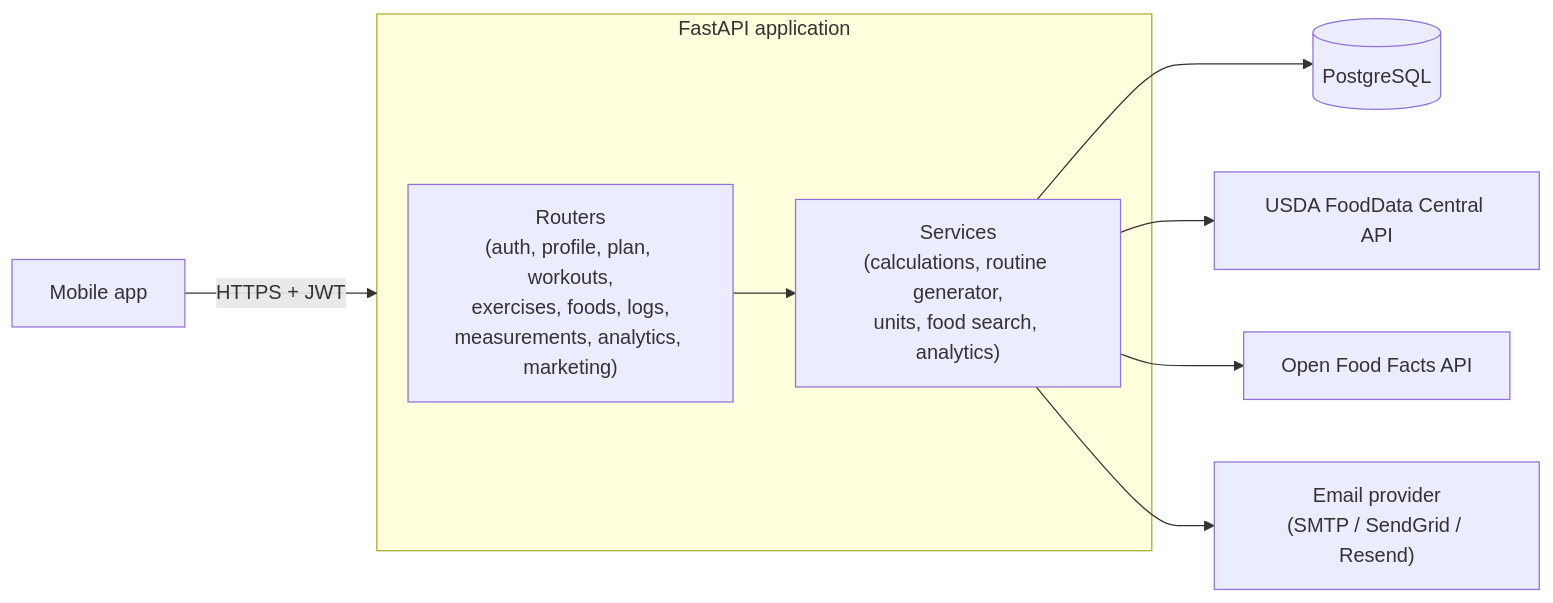
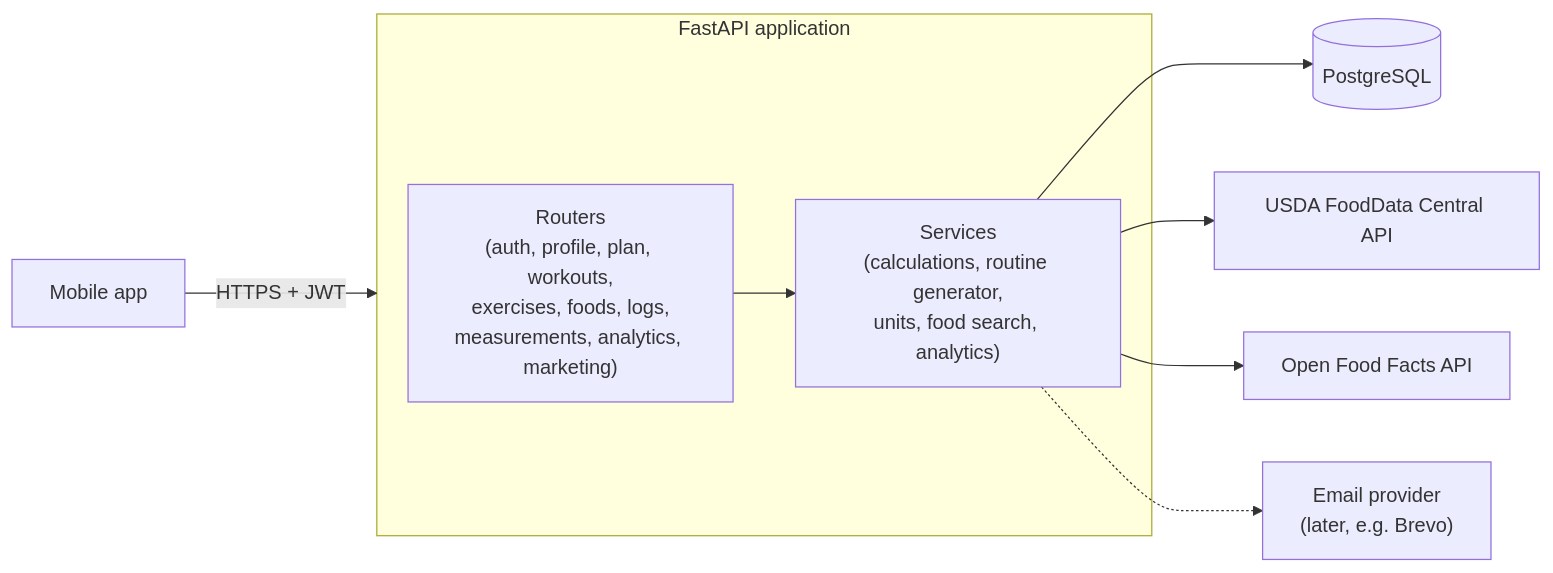
One commit to EyadAlayed506/fastapi_tutorial changed the first of 3 diagrams in fitness_app/ARCHITECTURE.md. Above: the diagram before and after it, drawn with Mermaid. The commit also changed other lines of this file, not shown here.

First line of the commit message:
Defer the email provider choice

````diff
--- a/fitness_app/ARCHITECTURE.md
+++ b/fitness_app/ARCHITECTURE.md
@@ -36,15 +36,15 @@
 ```mermaid
 flowchart LR
     client["Mobile app"] -->|HTTPS + JWT| api
 
     subgraph api["FastAPI application"]
         routers["Routers<br/>(auth, profile, plan, workouts,<br/>exercises, foods, logs,<br/>measurements, analytics, marketing)"]
         services["Services<br/>(calculations, routine generator,<br/>units, food search, analytics)"]
         routers --> services
     end
 
     services --> db[("PostgreSQL")]
     services --> usda["USDA FoodData Central API"]
     services --> off["Open Food Facts API"]
-    services --> mail["Email provider<br/>(SMTP / SendGrid / Resend)"]
+    services -.-> mail["Email provider<br/>(later, e.g. Brevo)"]
 ```
````
